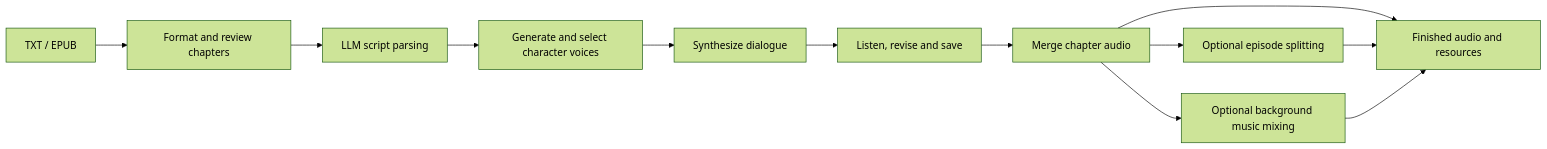
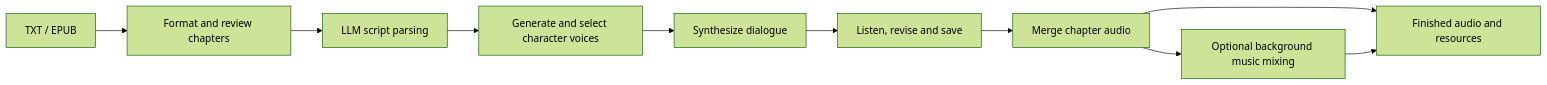
Before and after one commit to 1010323691/NarrifyAudio: the first of 2 diagrams in README.md, drawn with Mermaid (forest theme). The commit also changed other lines of this file and 65 other files, not shown here.

````diff
--- a/README.md
+++ b/README.md
@@ -25,14 +25,12 @@
 ```mermaid
 flowchart LR
   Input[TXT / EPUB] --> Text[Format and review chapters]
   Text --> Script[LLM script parsing]
   Script --> Voices[Generate and select character voices]
   Voices --> TTS[Synthesize dialogue]
   TTS --> Review[Listen, revise and save]
   Review --> Merge[Merge chapter audio]
-  Merge --> Split[Optional episode splitting]
   Merge --> BGM[Optional background music mixing]
   Merge --> Resources[Finished audio and resources]
-  Split --> Resources
   BGM --> Resources
 ```
````
